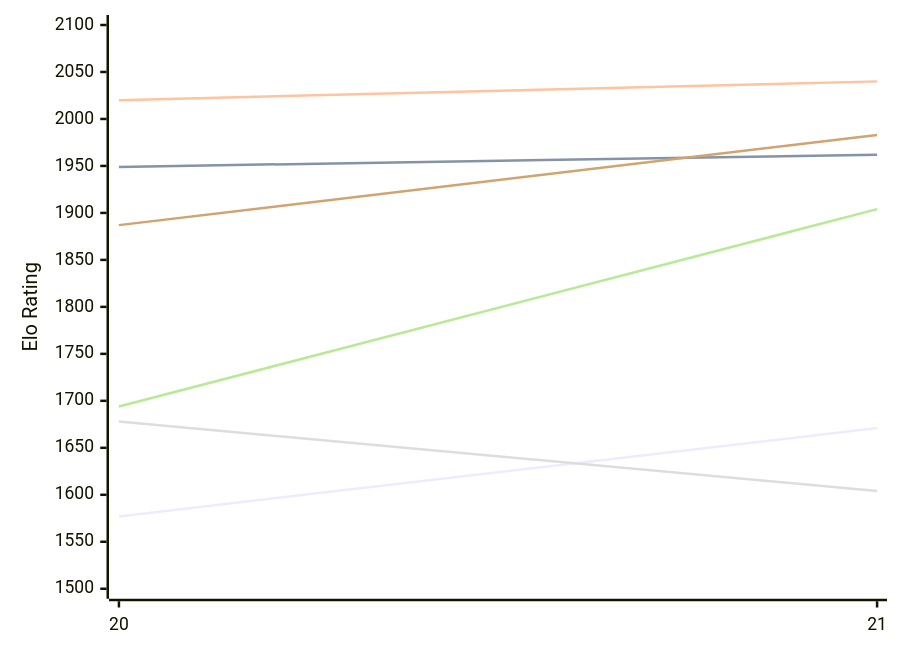
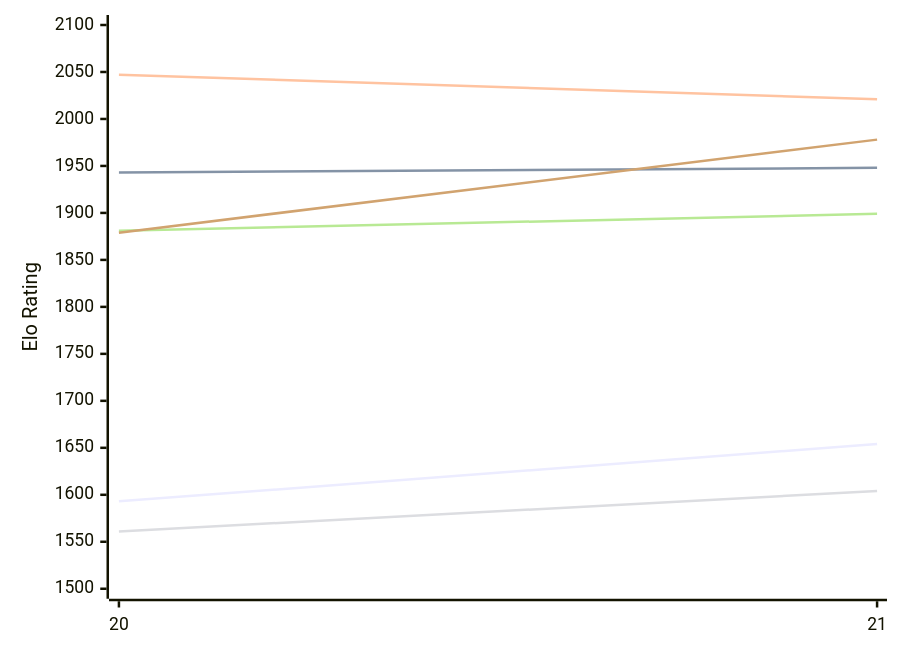
Before and after one commit to computer-chess-index/cci: the first of 2 diagrams in engines/PurplePanda.md, drawn with Mermaid. The commit also changed other lines of this file, not shown here.

Commit message:
Update CCI Ratings (ELO VLTC) - 2026-11-15

````diff
--- a/engines/PurplePanda.md
+++ b/engines/PurplePanda.md
@@ -50,12 +50,12 @@
 ```mermaid
 %%{init: {"theme":"base","themeVariables":{"seriesColors:['#a3a3a3','#222221','#faa371']}}}%%
 xychart-beta
   x-axis ["20", "21"]
   y-axis "Elo Rating" 1500 --> 2100
-  line "E1: STC (8.0+0.08s)" [1577, 1671]
-  line "E1: LTC (60.0+0.60s)" [1949, 1962]
-  line "E1: VLTC (2m24s+1.12s)" [2020, 2040]
-  line "P1: STC (8.0+0.08s)" [1678, 1604]
-  line "P1: LTC (60.0+0.60s)" [1694, 1904]
-  line "P1: VLTC (2m24s+1.12s)" [1887, 1983]
+  line "E1: STC (8.0+0.08s)" [1593, 1654]
+  line "E1: LTC (60.0+0.60s)" [1943, 1948]
+  line "E1: VLTC (2m24s+1.12s)" [2047, 2021]
+  line "P1: STC (8.0+0.08s)" [1561, 1604]
+  line "P1: LTC (60.0+0.60s)" [1881, 1899]
+  line "P1: VLTC (2m24s+1.12s)" [1879, 1978]
 ```
````
